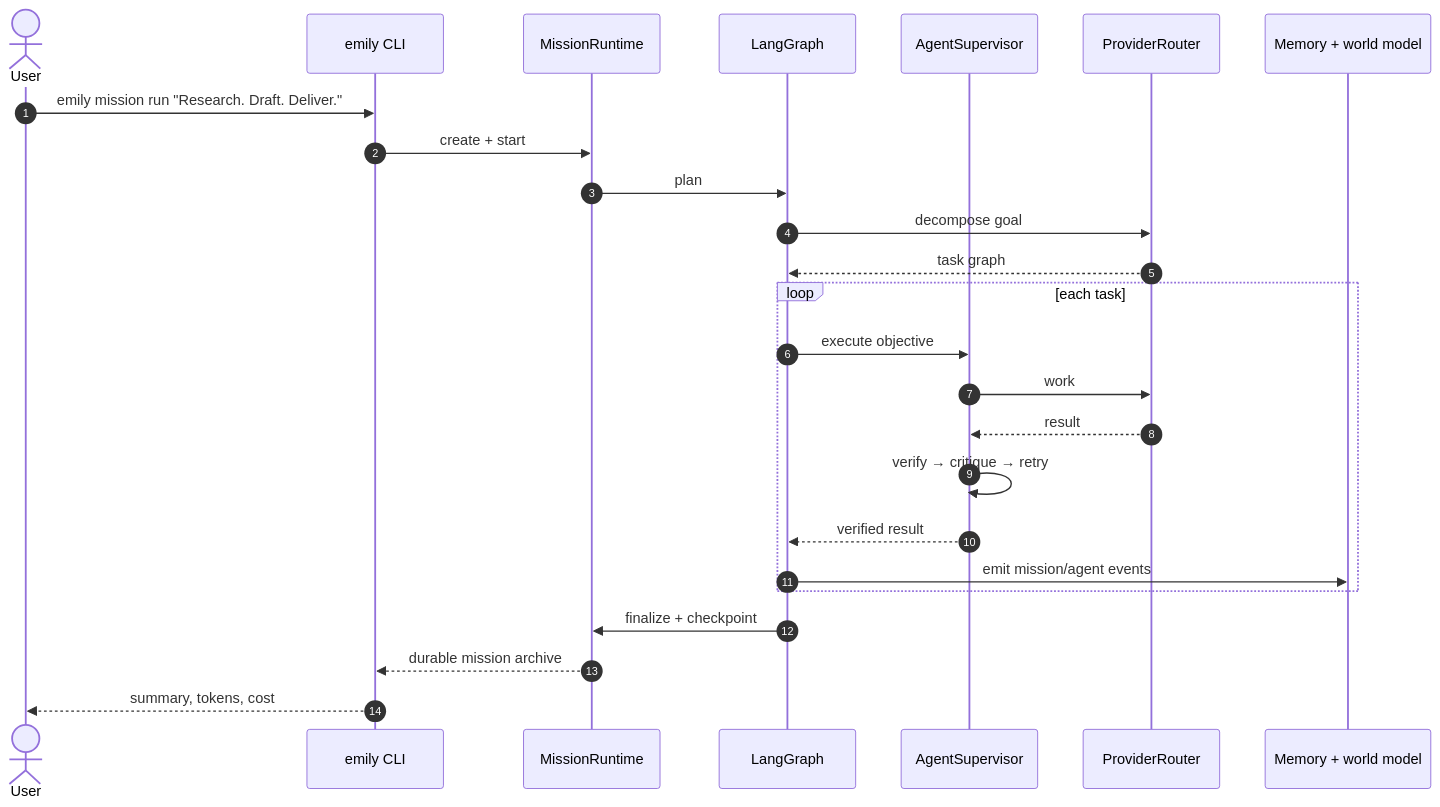
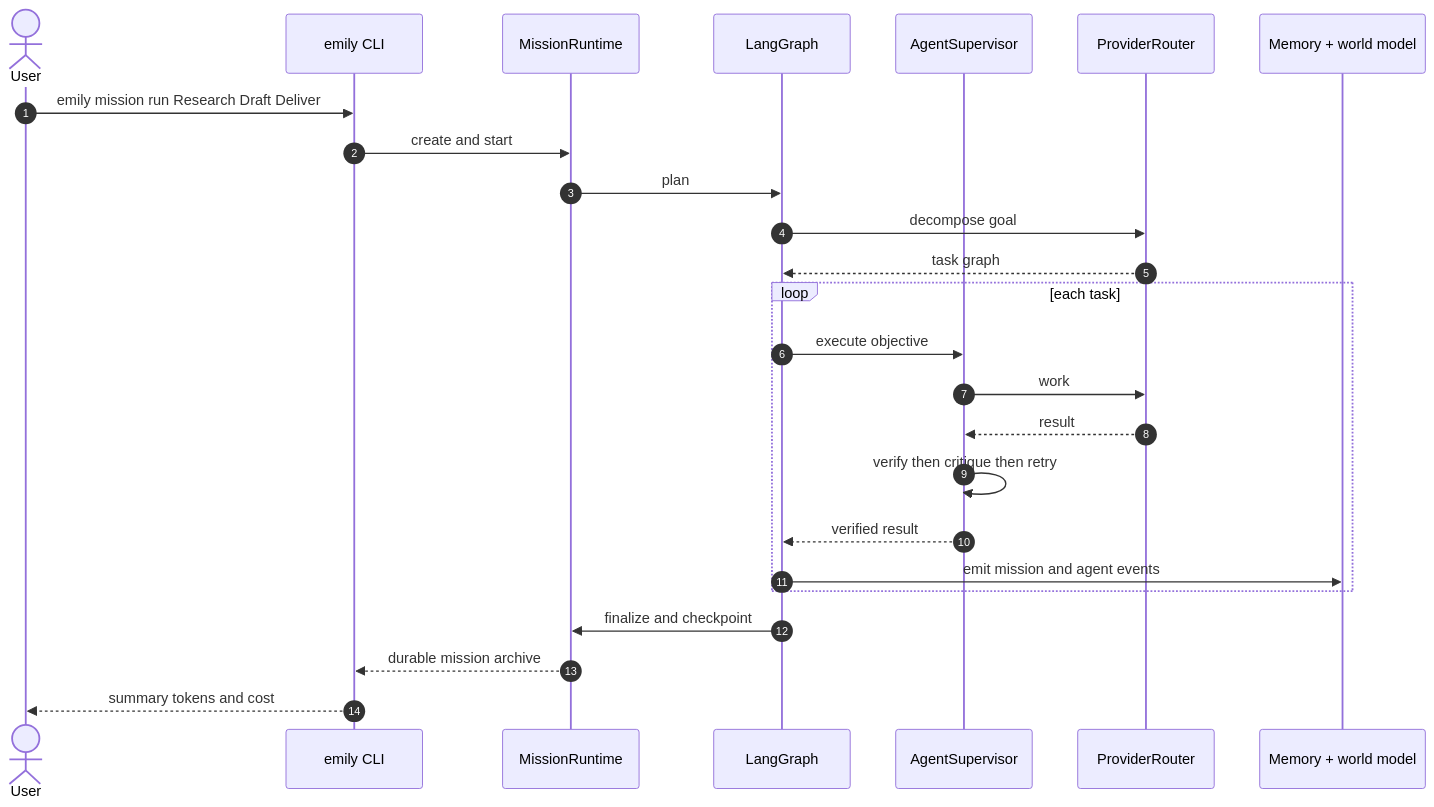
One commit to MrDecryptDecipher/EmilyOS changed the fifth of 18 diagrams in README.md. Above: the diagram before and after it, drawn with Mermaid. The commit also changed other lines of this file and 1 other file, not shown here.

First line of the commit message:
docs: fix Mermaid rendering on GitHub + add inline launch-film GIF

````diff
--- a/README.md
+++ b/README.md
@@ -185,28 +192,28 @@
 ```mermaid
 sequenceDiagram
   autonumber
   actor U as User
   participant CLI as emily CLI
   participant M as MissionRuntime
   participant G as LangGraph
   participant A as AgentSupervisor
   participant P as ProviderRouter
   participant MEM as Memory + world model
 
-  U->>CLI: emily mission run "Research. Draft. Deliver."
-  CLI->>M: create + start
+  U->>CLI: emily mission run Research Draft Deliver
+  CLI->>M: create and start
   M->>G: plan
   G->>P: decompose goal
   P-->>G: task graph
   loop each task
     G->>A: execute objective
     A->>P: work
     P-->>A: result
-    A->>A: verify → critique → retry
+    A->>A: verify then critique then retry
     A-->>G: verified result
-    G->>MEM: emit mission/agent events
+    G->>MEM: emit mission and agent events
   end
-  G->>M: finalize + checkpoint
+  G->>M: finalize and checkpoint
   M-->>CLI: durable mission archive
-  CLI-->>U: summary, tokens, cost
+  CLI-->>U: summary tokens and cost
 ```
````
